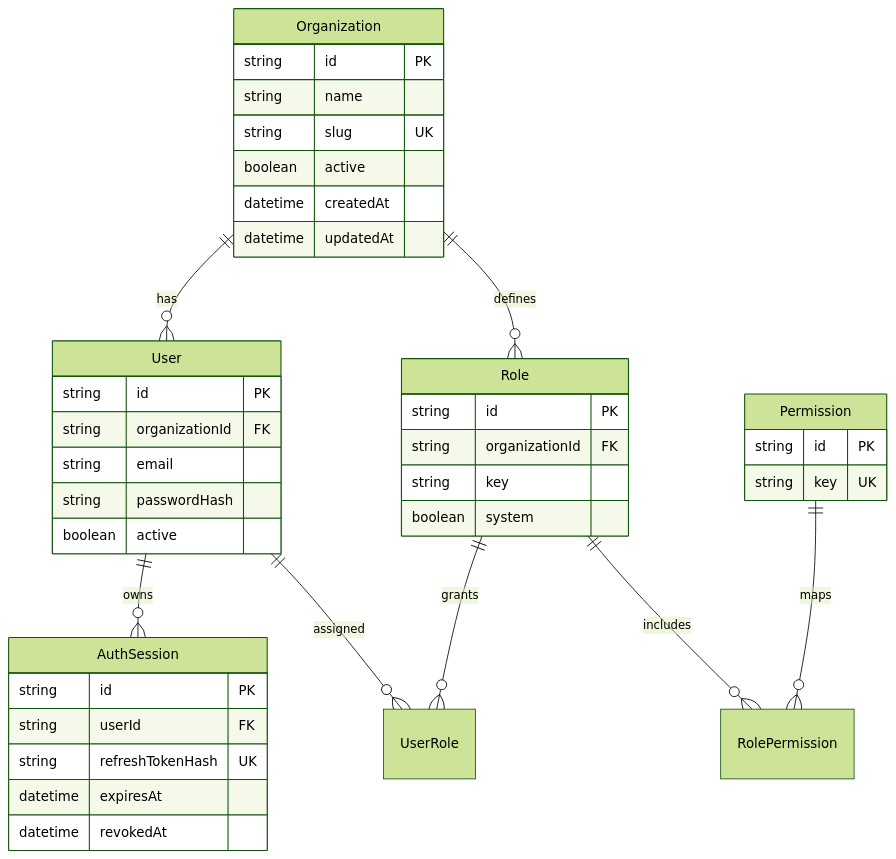
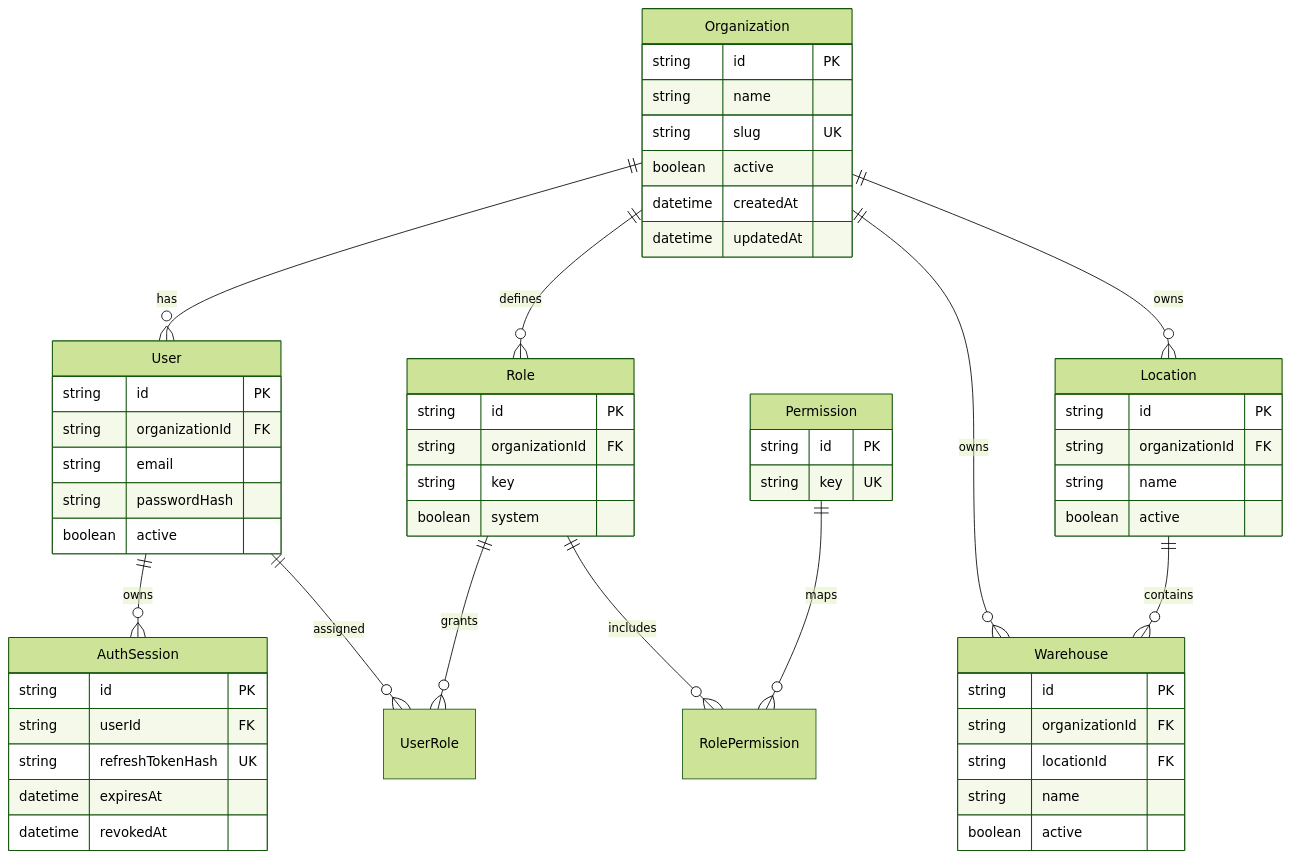
The diagram in docs/DATABASE.md (HighBenditas/DtodoPets-Core), drawn with Mermaid (forest theme) before and after one commit. The commit also changed other lines of this file and 26 other files, not shown here.

````diff
--- a/docs/DATABASE.md
+++ b/docs/DATABASE.md
@@ -8,42 +8,58 @@
 ```mermaid
 erDiagram
   Organization ||--o{ User : has
   Organization ||--o{ Role : defines
+  Organization ||--o{ Location : owns
+  Organization ||--o{ Warehouse : owns
+  Location ||--o{ Warehouse : contains
   User ||--o{ AuthSession : owns
   User ||--o{ UserRole : assigned
   Role ||--o{ UserRole : grants
   Role ||--o{ RolePermission : includes
   Permission ||--o{ RolePermission : maps
   Organization {
     string id PK
     string name
     string slug UK
     boolean active
     datetime createdAt
     datetime updatedAt
   }
   User {
     string id PK
     string organizationId FK
     string email
     string passwordHash
     boolean active
   }
   Role {
     string id PK
     string organizationId FK
     string key
     boolean system
   }
   Permission {
     string id PK
     string key UK
   }
   AuthSession {
     string id PK
     string userId FK
     string refreshTokenHash UK
     datetime expiresAt
     datetime revokedAt
   }
+  Location {
+    string id PK
+    string organizationId FK
+    string name
+    boolean active
+  }
+  Warehouse {
+    string id PK
+    string organizationId FK
+    string locationId FK
+    string name
+    boolean active
+  }
 ```
````
